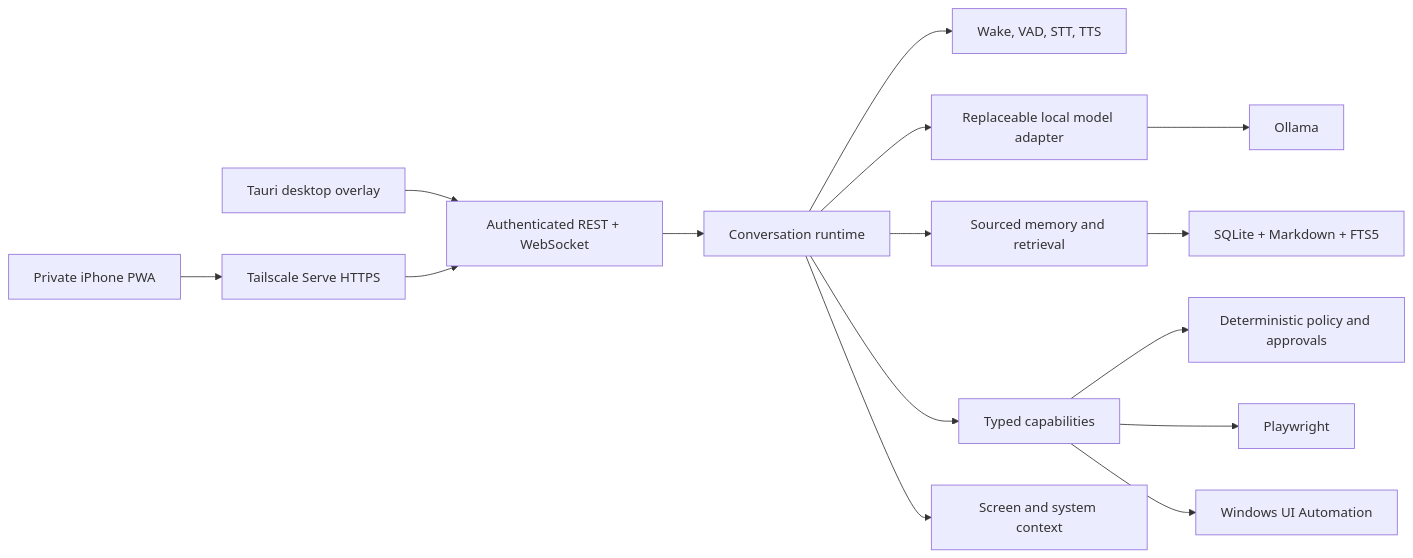
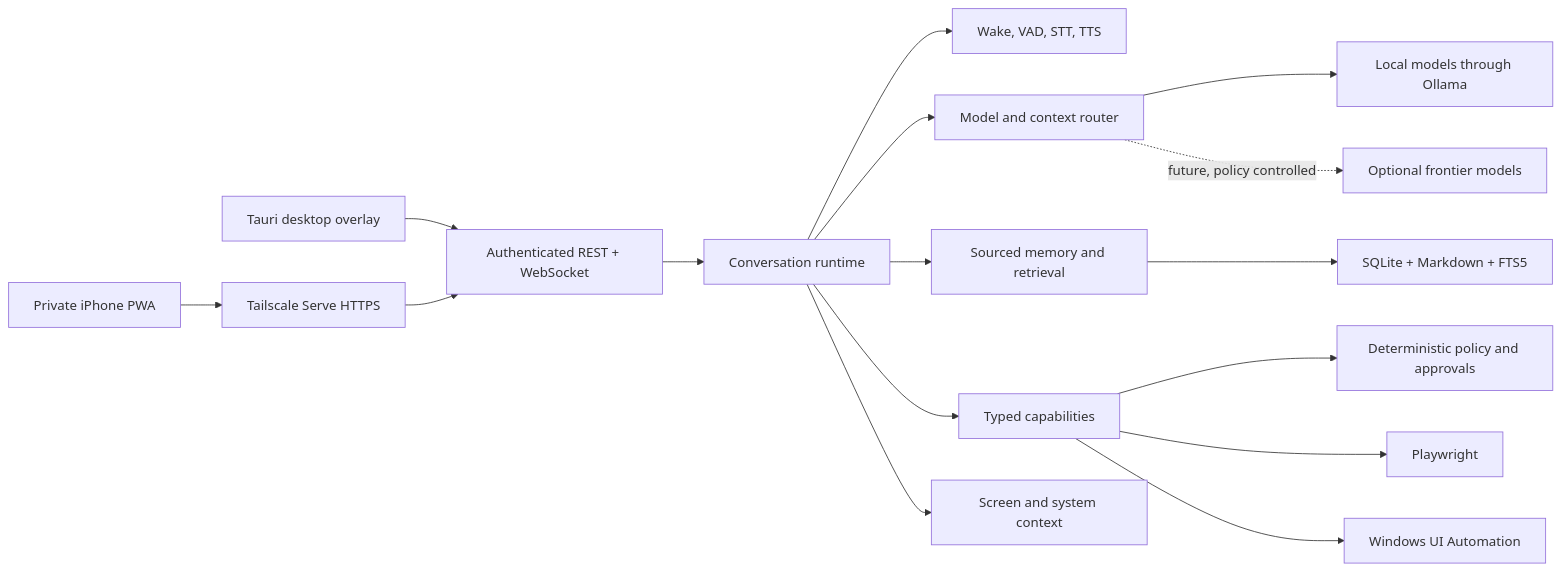
The diagram in README.md (YuvrajKashyap/jarvis), drawn with Mermaid before and after one commit. The commit also changed other lines of this file and 5 other files, not shown here.

````diff
--- a/README.md
+++ b/README.md
@@ -46,18 +100,19 @@
 ```mermaid
 flowchart LR
   Desktop["Tauri desktop overlay"] --> Transport["Authenticated REST + WebSocket"]
   Phone["Private iPhone PWA"] --> Tailnet["Tailscale Serve HTTPS"] --> Transport
 
   Transport --> Runtime["Conversation runtime"]
   Runtime --> Speech["Wake, VAD, STT, TTS"]
-  Runtime --> Model["Replaceable local model adapter"]
+  Runtime --> Router["Model and context router"]
   Runtime --> Memory["Sourced memory and retrieval"]
   Runtime --> Agency["Typed capabilities"]
   Runtime --> Perception["Screen and system context"]
 
   Agency --> Policy["Deterministic policy and approvals"]
   Agency --> Browser["Playwright"]
   Agency --> Windows["Windows UI Automation"]
-  Model --> Ollama["Ollama"]
+  Router --> Local["Local models through Ollama"]
+  Router -. "future, policy controlled" .-> Frontier["Optional frontier models"]
   Memory --> SQLite["SQLite + Markdown + FTS5"]
 ```
````
